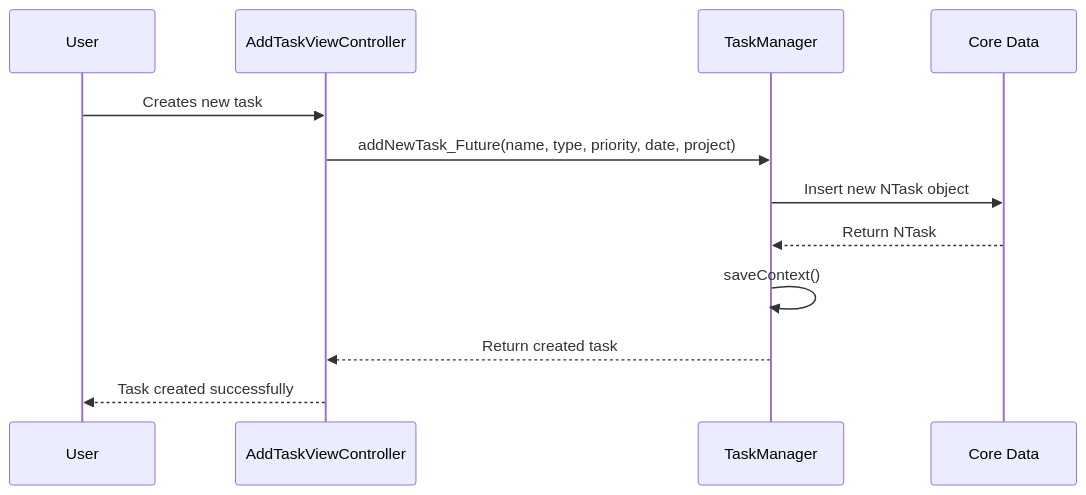
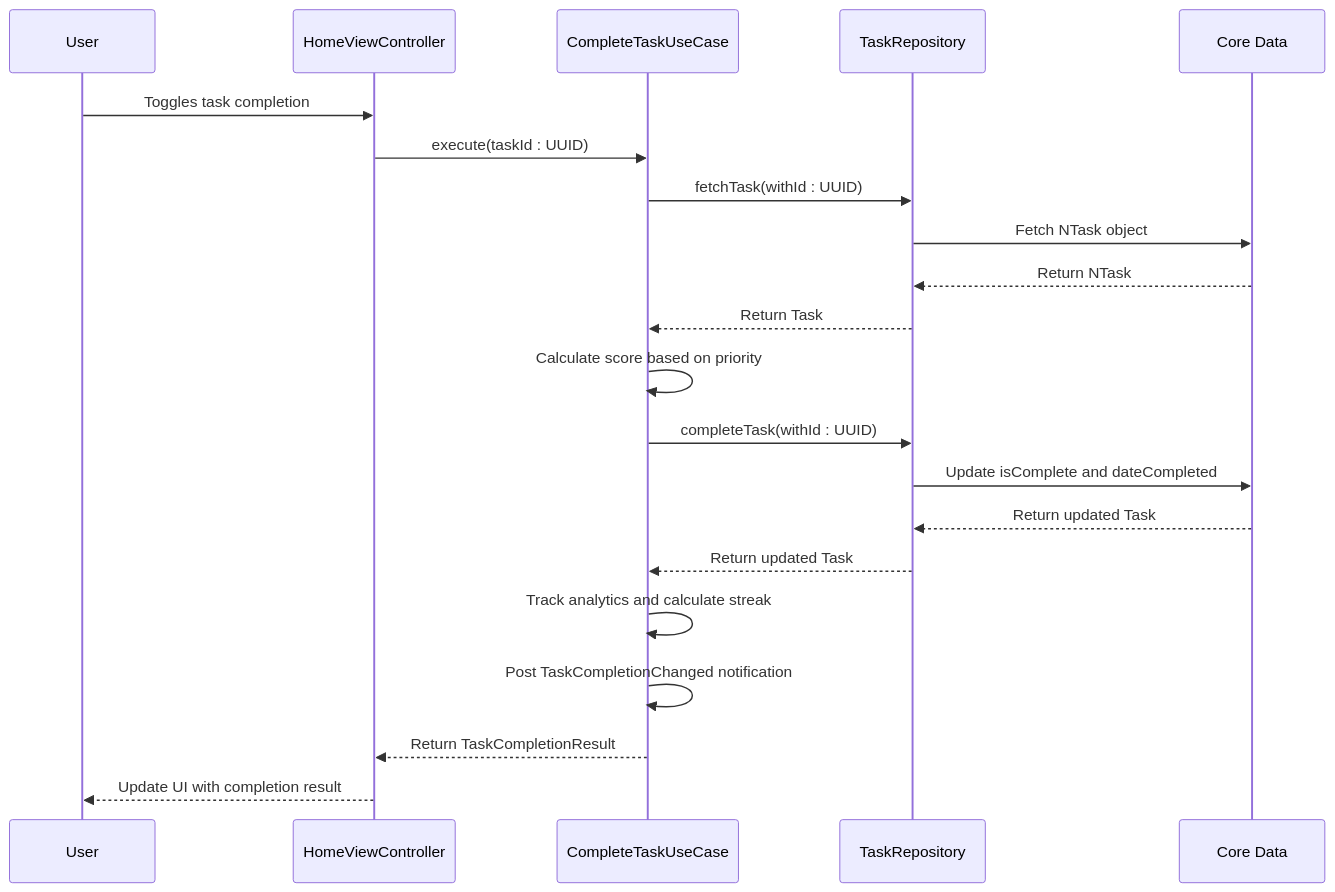
One commit to Saransh-Sharma/Tasker changed the third of 6 diagrams in .qoder/repowiki/en/content/Use Cases Layer.md. Above: the diagram before and after it, drawn with Mermaid. The commit also changed other lines of this file and 18 other files, not shown here.

````diff
--- a/.qoder/repowiki/en/content/Use Cases Layer.md
+++ b/.qoder/repowiki/en/content/Use Cases Layer.md
@@ -129,14 +189,23 @@
 ```mermaid
 sequenceDiagram
 participant User
-participant AddTaskViewController
-participant TaskManager
+participant HomeViewController
+participant CompleteTaskUseCase
+participant TaskRepository
 participant Core Data
-User->>AddTaskViewController : Creates new task
-AddTaskViewController->>TaskManager : addNewTask_Future(name, type, priority, date, project)
-TaskManager->>Core Data : Insert new NTask object
-Core Data-->>TaskManager : Return NTask
-TaskManager->>TaskManager : saveContext()
-TaskManager-->>AddTaskViewController : Return created task
-AddTaskViewController-->>User : Task created successfully
+User->>HomeViewController : Toggles task completion
+HomeViewController->>CompleteTaskUseCase : execute(taskId : UUID)
+CompleteTaskUseCase->>TaskRepository : fetchTask(withId : UUID)
+TaskRepository->>Core Data : Fetch NTask object
+Core Data-->>TaskRepository : Return NTask
+TaskRepository-->>CompleteTaskUseCase : Return Task
+CompleteTaskUseCase->>CompleteTaskUseCase : Calculate score based on priority
+CompleteTaskUseCase->>TaskRepository : completeTask(withId : UUID)
+TaskRepository->>Core Data : Update isComplete and dateCompleted
+Core Data-->>TaskRepository : Return updated Task
+TaskRepository-->>CompleteTaskUseCase : Return updated Task
+CompleteTaskUseCase->>CompleteTaskUseCase : Track analytics and calculate streak
+CompleteTaskUseCase->>CompleteTaskUseCase : Post TaskCompletionChanged notification
+CompleteTaskUseCase-->>HomeViewController : Return TaskCompletionResult
+HomeViewController-->>User : Update UI with completion result
 ```
````
